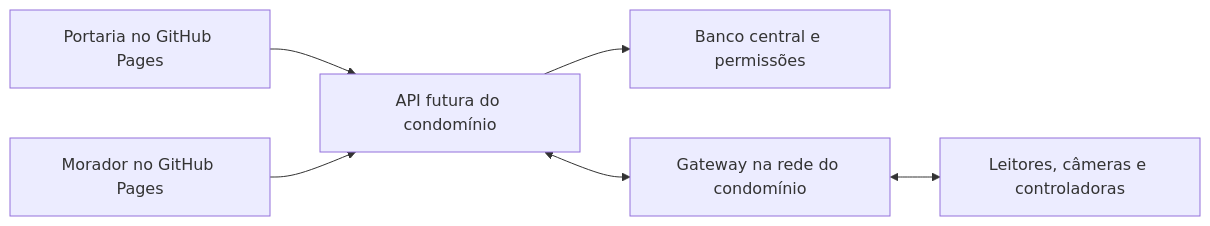
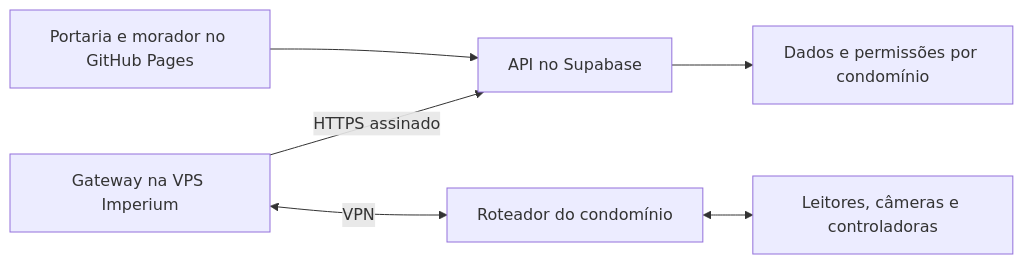
One commit to horizes/controle-acesso changed the diagram in README.md. Above: the diagram before and after it, drawn with Mermaid. The commit also changed other lines of this file and 57 other files, not shown here.

First line of the commit message:
Implanta API Supabase e prepara gateway remoto de acesso

````diff
--- a/README.md
+++ b/README.md
@@ -32,8 +11,8 @@
 ```mermaid
 flowchart LR
-  P[Portaria no GitHub Pages] --> A[API futura do condomínio]
-  M[Morador no GitHub Pages] --> A
-  A --> B[Banco central e permissões]
-  A <--> G[Gateway na rede do condomínio]
-  G <--> D[Leitores, câmeras e controladoras]
+ P[Portaria e morador no GitHub Pages] --> A[API no Supabase]
+ A --> B[Dados e permissões por condomínio]
+ G[Gateway na VPS Imperium] -->|HTTPS assinado| A
+ G <-->|VPN| R[Roteador do condomínio]
+ R <--> D[Leitores, câmeras e controladoras]
 ```
````
